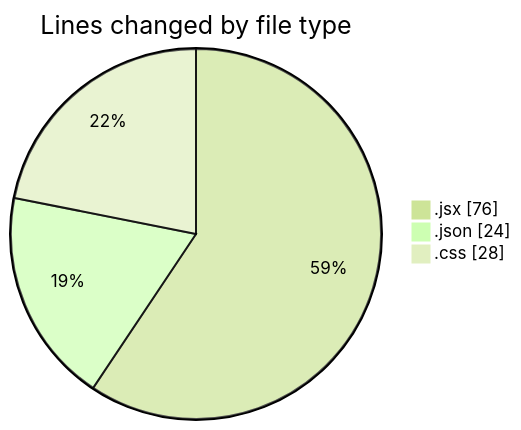
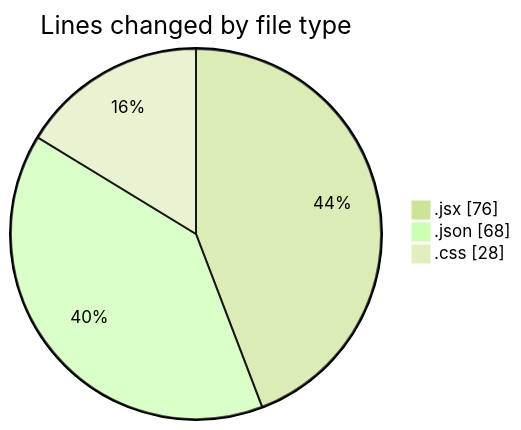
The first of 2 diagrams in 2025-01-24/react/README.md (Elitesun/code-tracking), drawn with Mermaid (forest theme) before and after one commit. The commit also changed other lines of this file and 1 other file, not shown here.

````diff
--- a/2025-01-24/react/README.md
+++ b/2025-01-24/react/README.md
@@ -25,7 +25,7 @@
 ```mermaid
 pie showData
 title Lines changed by file type
 ".jsx" : 76
-".json" : 24
+".json" : 68
 ".css" : 28
 ```
````
